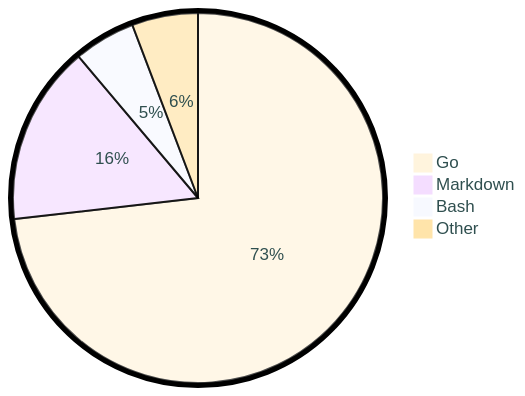
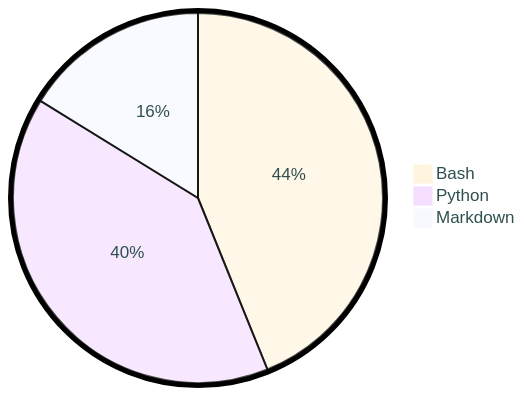
One commit to tot0p/tot0p changed the diagram in README.md. Above: the diagram before and after it, drawn with Mermaid. The commit also changed other lines of this file, not shown here.

````diff
--- a/README.md
+++ b/README.md
@@ -121,8 +115,7 @@
 ```mermaid
 %%{init: {"pie": {"textPosition": 0.5}, "themeVariables": {"pieOuterStrokeWidth": "5px","primaryTextColor" : "#2F4F4F"},"theme":"base"} }%%
 pie
-	"Go": 73.19
-	"Markdown": 15.66
-	"Bash": 5.39
-	"Other": 5.7700000000000005
+	"Bash": 43.88
+	"Python": 39.91
+	"Markdown": 16.21
 ```
````
